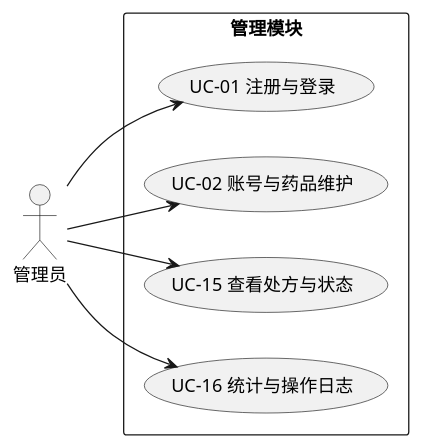
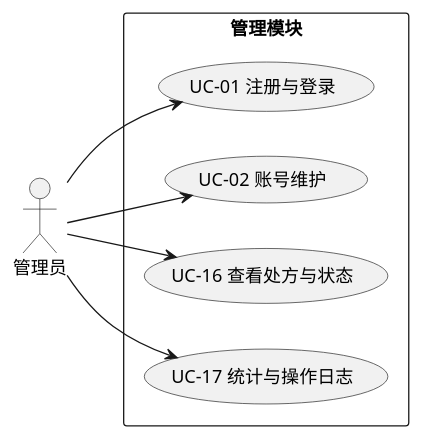
One commit to RefuseIOT/MedicinePlatform changed the diagram in docs/diagrams/use-case-admin.puml. Above: the diagram before and after it, drawn with PlantUML. The commit also changed 4 other files, not shown here.

```diff
--- a/docs/diagrams/use-case-admin.puml
+++ b/docs/diagrams/use-case-admin.puml
@@ -1,18 +1,18 @@
 @startuml 管理模块用例图
 left to right direction
 skinparam packageStyle rectangle
 
 actor "管理员" as A
 
 rectangle "管理模块" {
   usecase "UC-01 注册与登录" as UC01
-  usecase "UC-02 账号与药品维护" as UC02
-  usecase "UC-15 查看处方与状态" as UC15
-  usecase "UC-16 统计与操作日志" as UC16
+  usecase "UC-02 账号维护" as UC02
+  usecase "UC-16 查看处方与状态" as UC16
+  usecase "UC-17 统计与操作日志" as UC17
 }
 
 A --> UC01
 A --> UC02
+A --> UC17
 A --> UC16
-A --> UC15
 @enduml
```
